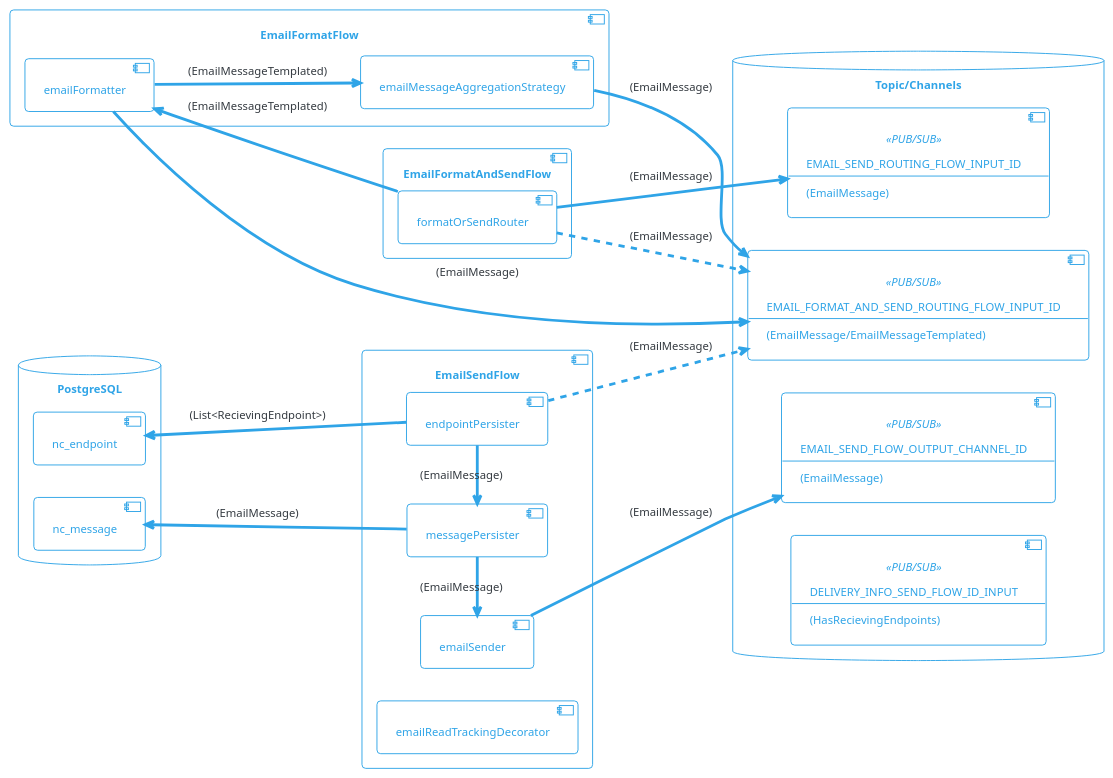
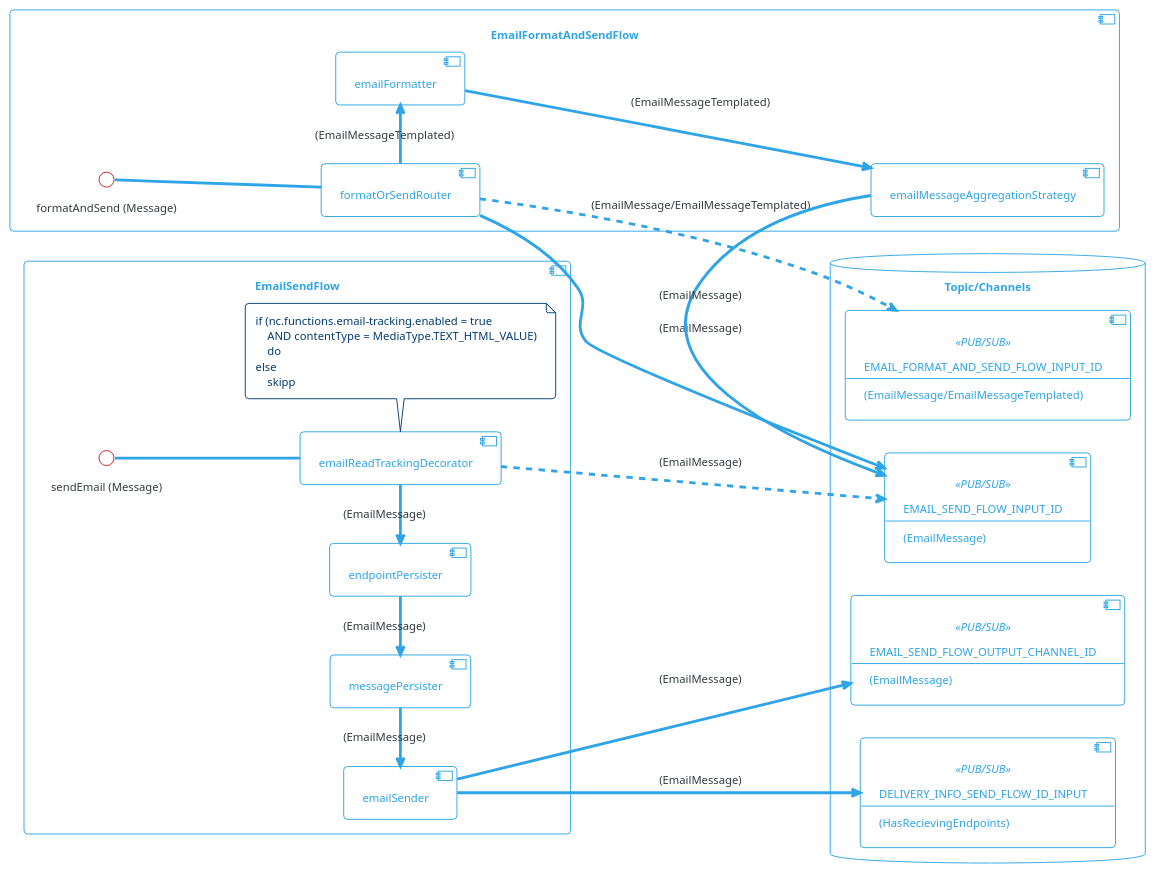
The diagram in docs/diagrams/src/email-processing-flow.puml (com-obj/notiflow), drawn with PlantUML before and after one commit. The commit also changed 4 other files, not shown here.

```diff
--- a/docs/diagrams/src/email-processing-flow.puml
+++ b/docs/diagrams/src/email-processing-flow.puml
@@ -1,86 +1,104 @@
 @startuml
 
 !theme cerulean-outline
 
 left to right direction
 
 skinparam backgroundcolor White
 skinparam component {
     backgroundColor<<user defined>> LightGray
 }
-
+/'
 database "PostgreSQL" {
     [nc_message]
     [nc_endpoint]
 }
+'/
 
 database "Topic/Channels" {
-    component EMAIL_FORMAT_AND_SEND_ROUTING_FLOW_INPUT_ID<<PUB/SUB>>[
-        EMAIL_FORMAT_AND_SEND_ROUTING_FLOW_INPUT_ID
+    component EMAIL_FORMAT_AND_SEND_FLOW_INPUT_ID<<PUB/SUB>>[
+        EMAIL_FORMAT_AND_SEND_FLOW_INPUT_ID
         --
         (EmailMessage/EmailMessageTemplated)
     ]
 
-    component EMAIL_SEND_ROUTING_FLOW_INPUT_ID<<PUB/SUB>>[
-        EMAIL_SEND_ROUTING_FLOW_INPUT_ID
+    component EMAIL_SEND_FLOW_INPUT_ID<<PUB/SUB>>[
+        EMAIL_SEND_FLOW_INPUT_ID
         --
         (EmailMessage)
     ]
 
     component EMAIL_SEND_FLOW_OUTPUT_CHANNEL_ID<<PUB/SUB>>[
         EMAIL_SEND_FLOW_OUTPUT_CHANNEL_ID
         --
         (EmailMessage)
     ]
 
     component DELIVERY_INFO_SEND_FLOW_ID_INPUT<<PUB/SUB>>  [
         DELIVERY_INFO_SEND_FLOW_ID_INPUT
         --
         (HasRecievingEndpoints)
     ]
 
 }
 
 component "EmailSendFlow" {
     [emailReadTrackingDecorator]
     [endpointPersister]
     [messagePersister]
     [emailSender]
 
+    emailReadTrackingDecorator -l-> endpointPersister: (EmailMessage)
     endpointPersister -l-> messagePersister: (EmailMessage)
-    messagePersister -l--> emailSender: (EmailMessage)
+    messagePersister -l-> emailSender: (EmailMessage)
 
-    messagePersister -u-> nc_message: (EmailMessage)
-    endpointPersister -u-> nc_endpoint: (List<RecievingEndpoint>)
+ '   messagePersister --> nc_message: (EmailMessage)
+'  endpointPersister --> nc_endpoint: (List<RecievingEndpoint>)
 
-    endpointPersister ..> EMAIL_FORMAT_AND_SEND_ROUTING_FLOW_INPUT_ID : (EmailMessage) 
+    emailReadTrackingDecorator ..> EMAIL_SEND_FLOW_INPUT_ID : (EmailMessage) 
     emailSender --> EMAIL_SEND_FLOW_OUTPUT_CHANNEL_ID : (EmailMessage) 
 
+    emailSender --> DELIVERY_INFO_SEND_FLOW_ID_INPUT : (EmailMessage) 
+
+    note bottom of emailReadTrackingDecorator 
+        if (nc.functions.email-tracking.enabled = true 
+            AND contentType = MediaType.TEXT_HTML_VALUE)
+            do
+        else
+            skipp        
+    end note  
+
+    
+    interface "sendEmail (Message)" as sendEmail        
+        emailReadTrackingDecorator -u- sendEmail
 }
 
-component "EmailFormatFlow" {
+
+
+component "EmailFormatAndSendFlow" {
+    [formatOrSendRouter]
     [emailFormatter]
     [emailMessageAggregationStrategy]
 
     emailFormatter --> emailMessageAggregationStrategy: (EmailMessageTemplated)
-''    emailFormatter -l-> endpointPersister : (EmailMessage)
-''    emailMessageAggregationStrategy -l-> endpointPersister : (EmailMessage)
 
-    emailFormatter --> EMAIL_FORMAT_AND_SEND_ROUTING_FLOW_INPUT_ID : (EmailMessage) 
-    emailMessageAggregationStrategy --> EMAIL_FORMAT_AND_SEND_ROUTING_FLOW_INPUT_ID : (EmailMessage) 
-}
+    formatOrSendRouter .> EMAIL_FORMAT_AND_SEND_FLOW_INPUT_ID : (EmailMessage/EmailMessageTemplated) 
 
-component "EmailFormatAndSendFlow" {
-    [formatOrSendRouter]
 
-    formatOrSendRouter -l-> emailFormatter : (EmailMessageTemplated)
-    formatOrSendRouter -l-> EMAIL_SEND_ROUTING_FLOW_INPUT_ID : (EmailMessage)
 
-    formatOrSendRouter ..> EMAIL_FORMAT_AND_SEND_ROUTING_FLOW_INPUT_ID : (EmailMessage) 
+    formatOrSendRouter -> emailFormatter : (EmailMessageTemplated)
+    formatOrSendRouter -> EMAIL_SEND_FLOW_INPUT_ID : (EmailMessage)
+
+    emailMessageAggregationStrategy -> EMAIL_SEND_FLOW_INPUT_ID : (EmailMessage) 
+
+    interface "formatAndSend (Message)" as formatAndSend        
+        formatOrSendRouter -u- formatAndSend
 }
 
 
 
 
 
+
+
 @enduml
```
